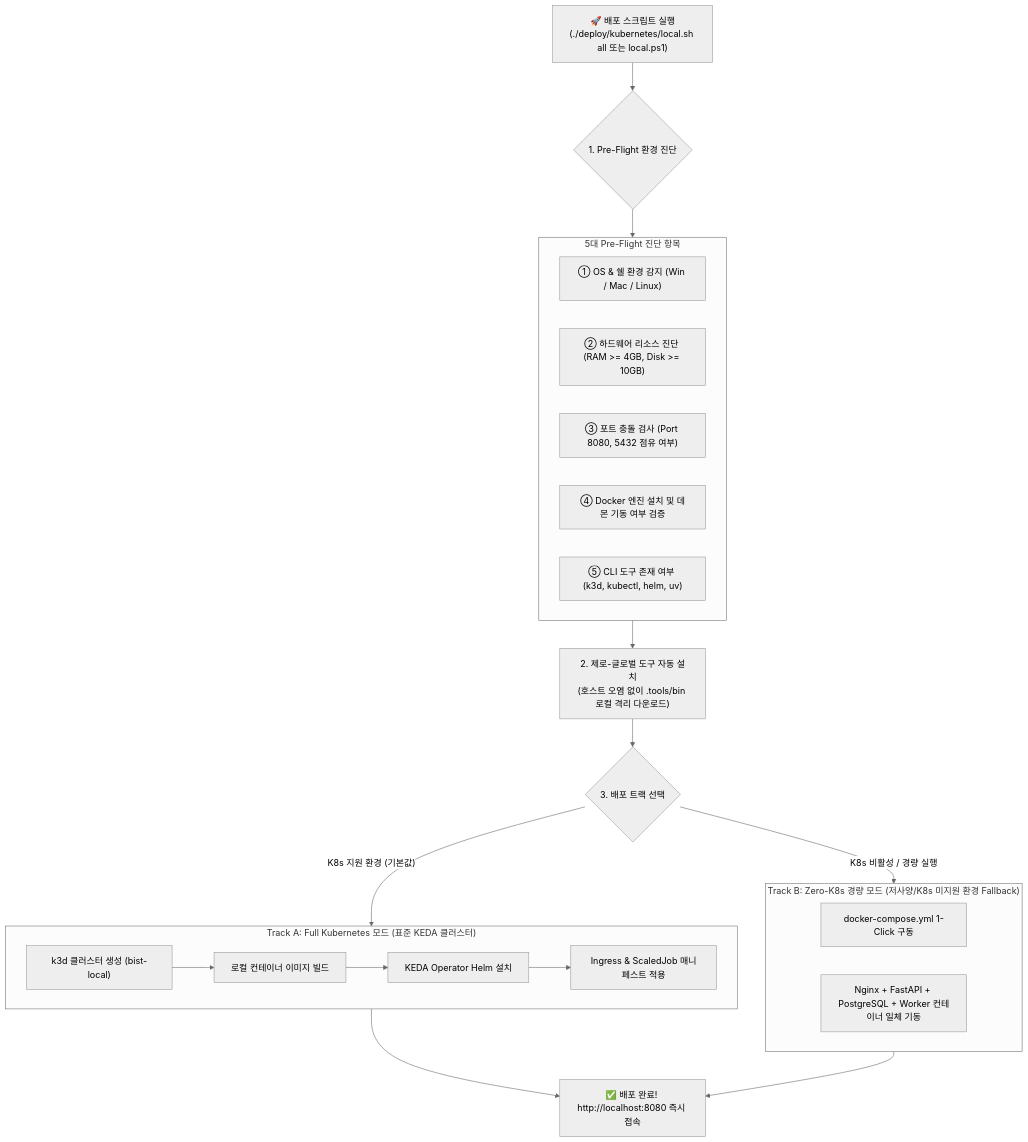
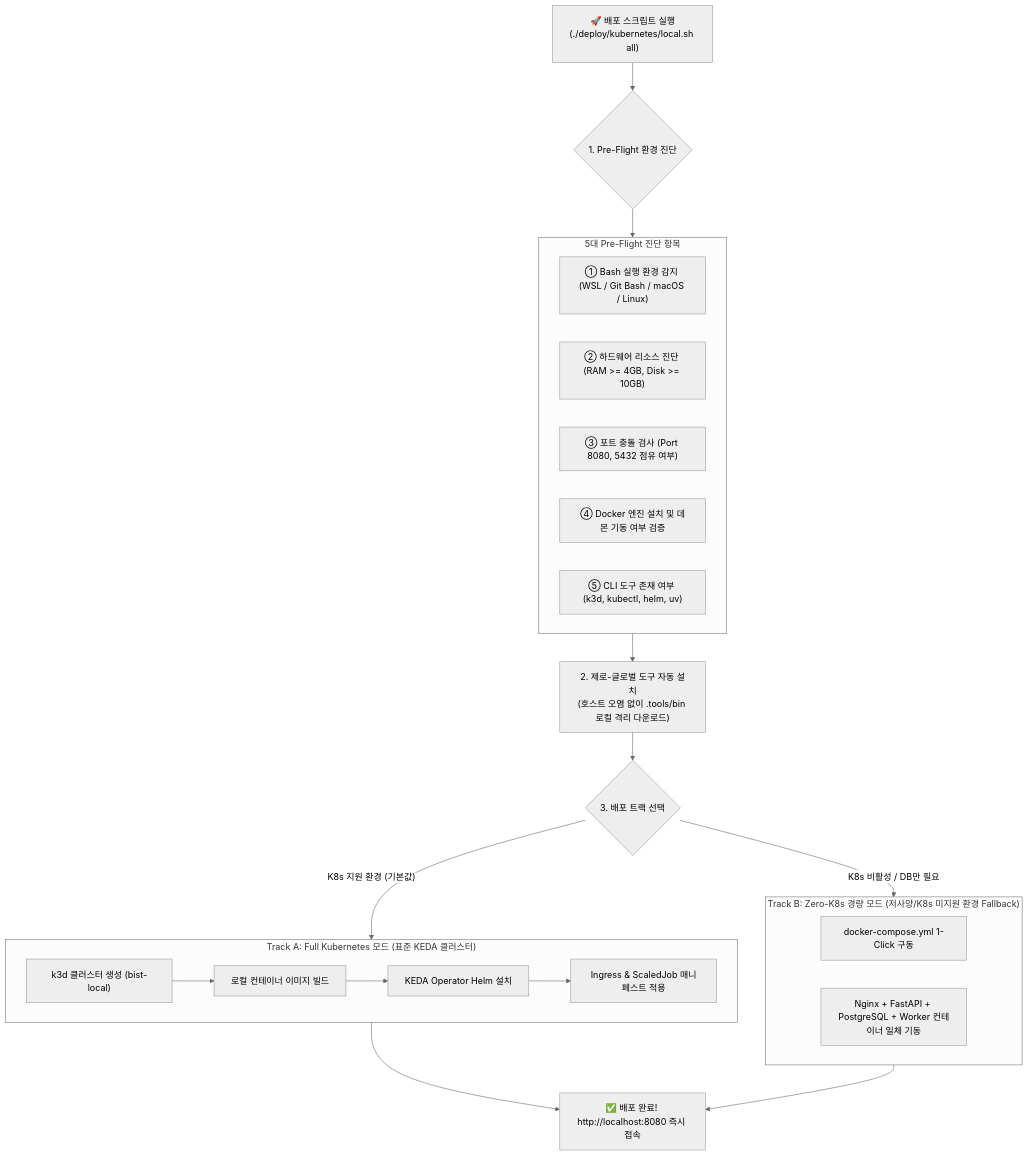
Before and after one commit to bist-mini-final/bist-mini-final: the second of 4 diagrams in docs/blueprints/01_system_blueprints/BP-104_deployment_and_infra_topology.md, drawn with Mermaid (neutral theme). The commit also changed other lines of this file and 138 other files, not shown here.

````diff
--- a/docs/blueprints/01_system_blueprints/BP-104_deployment_and_infra_topology.md
+++ b/docs/blueprints/01_system_blueprints/BP-104_deployment_and_infra_topology.md
@@ -60,34 +65,34 @@
 ```mermaid
 flowchart TD
-    START["🚀 배포 스크립트 실행<br>(./deploy/kubernetes/local.sh all 또는 local.ps1)"] --> PREFLIGHT{"1. Pre-Flight 환경 진단"}
+    START["🚀 배포 스크립트 실행<br>(./deploy/kubernetes/local.sh all)"] --> PREFLIGHT{"1. Pre-Flight 환경 진단"}
 
     subgraph PreflightChecks ["5대 Pre-Flight 진단 항목"]
-        C1["① OS & 쉘 환경 감지 (Win / Mac / Linux)"]
+        C1["① Bash 실행 환경 감지 (WSL / Git Bash / macOS / Linux)"]
         C2["② 하드웨어 리소스 진단 (RAM >= 4GB, Disk >= 10GB)"]
         C3["③ 포트 충돌 검사 (Port 8080, 5432 점유 여부)"]
         C4["④ Docker 엔진 설치 및 데몬 기동 여부 검증"]
         C5["⑤ CLI 도구 존재 여부 (k3d, kubectl, helm, uv)"]
     end
 
     PREFLIGHT --> PreflightChecks
     PreflightChecks --> AUTO_INSTALL["2. 제로-글로벌 도구 자동 설치<br>(호스트 오염 없이 .tools/bin 로컬 격리 다운로드)"]
 
     AUTO_INSTALL --> TRACK_DECISION{"3. 배포 트랙 선택"}
 
     subgraph TrackA ["Track A: Full Kubernetes 모드 (표준 KEDA 클러스터)"]
         A1["k3d 클러스터 생성 (bist-local)"] --> A2["로컬 컨테이너 이미지 빌드"]
         A2 --> A3["KEDA Operator Helm 설치"]
         A3 --> A4["Ingress & ScaledJob 매니페스트 적용"]
     end
 
     subgraph TrackB ["Track B: Zero-K8s 경량 모드 (저사양/K8s 미지원 환경 Fallback)"]
         B1["docker-compose.yml 1-Click 구동"]
         B2["Nginx + FastAPI + PostgreSQL + Worker 컨테이너 일체 기동"]
     end
 
     TRACK_DECISION -- "K8s 지원 환경 (기본값)" --> TrackA
-    TRACK_DECISION -- "K8s 비활성 / 경량 실행" --> TrackB
+    TRACK_DECISION -- "K8s 비활성 / DB만 필요" --> TrackB
 
     TrackA --> READY["✅ 배포 완료! http://localhost:8080 즉시 접속"]
     TrackB --> READY
 ```
````
